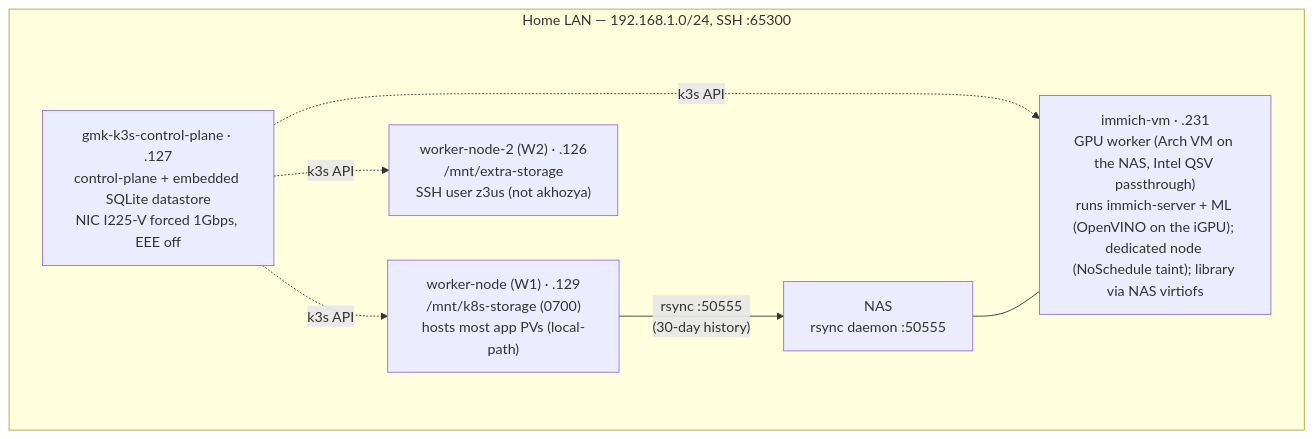
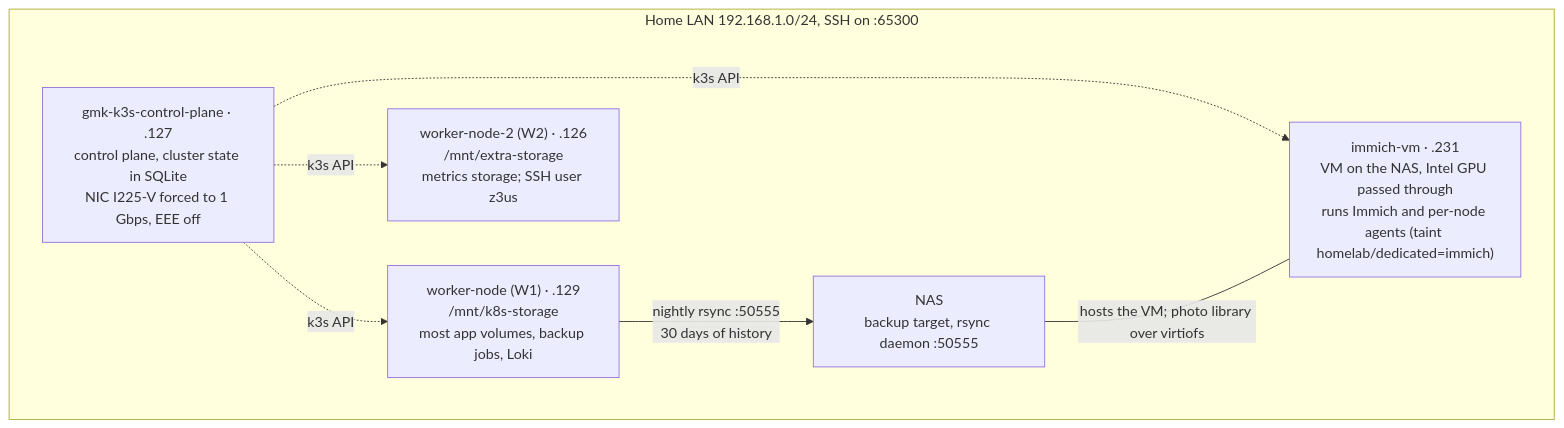
Before and after one commit to AKhozya/homelab: the first of 4 diagrams in docs/ARCHITECTURE.md, drawn with Mermaid. The commit also changed other lines of this file and 1 other file, not shown here.

Commit message:
docs: rewrite README and ARCHITECTURE in plain English with re-derived facts and refreshed diagrams

````diff
--- a/docs/ARCHITECTURE.md
+++ b/docs/ARCHITECTURE.md
@@ -22,15 +30,15 @@
 ```mermaid
 flowchart TB
-  subgraph LAN["Home LAN — 192.168.1.0/24, SSH :65300"]
-    CP["gmk-k3s-control-plane · .127<br/>control-plane + embedded SQLite datastore<br/>NIC I225-V forced 1Gbps, EEE off"]
-    W1["worker-node (W1) · .129<br/>/mnt/k8s-storage (0700)<br/>hosts most app PVs (local-path)"]
-    W2["worker-node-2 (W2) · .126<br/>/mnt/extra-storage<br/>SSH user z3us (not akhozya)"]
-    NAS["NAS<br/>rsync daemon :50555"]
-    VM["immich-vm · .231<br/>GPU worker (Arch VM on the NAS, Intel QSV passthrough)<br/>runs immich-server + ML (OpenVINO on the iGPU); dedicated node (NoSchedule taint); library via NAS virtiofs"]
+  subgraph LAN["Home LAN 192.168.1.0/24, SSH on :65300"]
+    CP["gmk-k3s-control-plane · .127<br/>control plane, cluster state in SQLite<br/>NIC I225-V forced to 1 Gbps, EEE off"]
+    W1["worker-node (W1) · .129<br/>/mnt/k8s-storage<br/>most app volumes, backup jobs, Loki"]
+    W2["worker-node-2 (W2) · .126<br/>/mnt/extra-storage<br/>metrics storage; SSH user z3us"]
+    NAS["NAS<br/>backup target, rsync daemon :50555"]
+    VM["immich-vm · .231<br/>VM on the NAS, Intel GPU passed through<br/>runs Immich and per-node agents (taint homelab/dedicated=immich)"]
   end
   CP -. k3s API .-> W1
   CP -. k3s API .-> W2
   CP -. k3s API .-> VM
-  NAS --- VM
-  W1 -->|"rsync :50555<br/>(30-day history)"| NAS
+  NAS ---|hosts the VM; photo library over virtiofs| VM
+  W1 -->|"nightly rsync :50555<br/>30 days of history"| NAS
 ```
````
